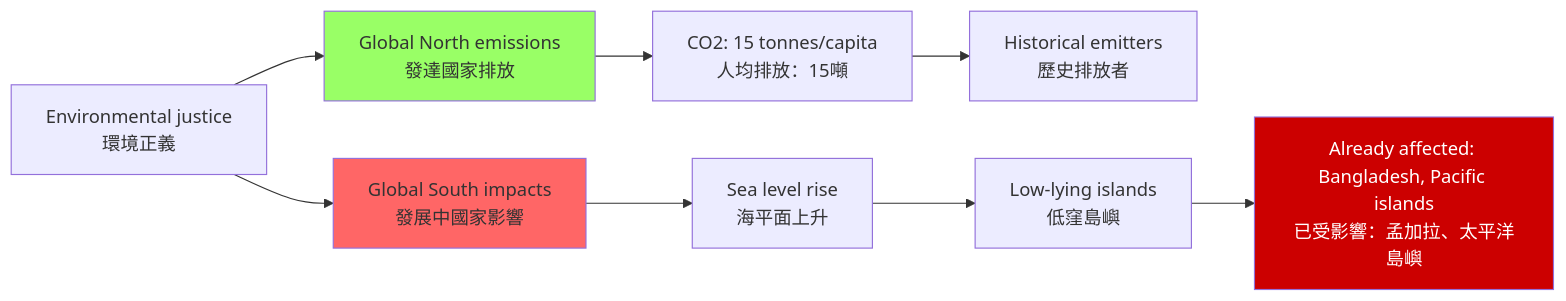
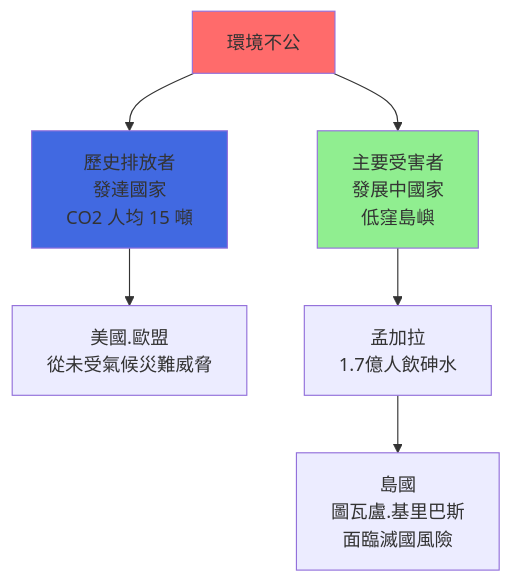
Before and after one commit to yip-lgtm/HKU-Harvard-History-Self-Study: the third of 5 diagrams in 01_HKU_Courses/HIST2215_Global_Environmental_History.md, drawn with Mermaid. The commit also changed other lines of this file and 5 other files, not shown here.

````diff
--- a/01_HKU_Courses/HIST2215_Global_Environmental_History.md
+++ b/01_HKU_Courses/HIST2215_Global_Environmental_History.md
@@ -104,16 +286,13 @@
 ```mermaid
-graph LR
-    A[Environmental justice<br/>環境正義] --> B[Global North emissions<br/>發達國家排放]
-    A --> C[Global South impacts<br/>發展中國家影響]
+graph TD
+    A["環境不公"] --> B["歷史排放者<br/>發達國家<br/>CO2 人均 15 噸"]
+    A --> C["主要受害者<br/>發展中國家<br/>低窪島嶼"]
     
-    B --> B1[CO2: 15 tonnes/capita<br/>人均排放：15噸]
-    B1 --> B2[Historical emitters<br/>歷史排放者]
+    B --> B1["美國.歐盟<br/>從未受氣候災難威脅"]
+    C --> C1["孟加拉<br/>1.7億人飲砷水"]
+    C1 --> C2["島國<br/>圖瓦盧.基里巴斯<br/>面臨滅國風險"]
     
-    C --> C1[Sea level rise<br/>海平面上升]
-    C1 --> C2[Low-lying islands<br/>低窪島嶼]
-    C2 --> C3[Already affected: Bangladesh, Pacific islands<br/>已受影響：孟加拉、太平洋島嶼]
-    
-    style B fill:#9f6
-    style C fill:#f66
-    style C3 fill:#c00,color:#fff
+    style A fill:#FF6B6B
+    style B fill:#4169E1
+    style C fill:#90EE90
 ```
````
